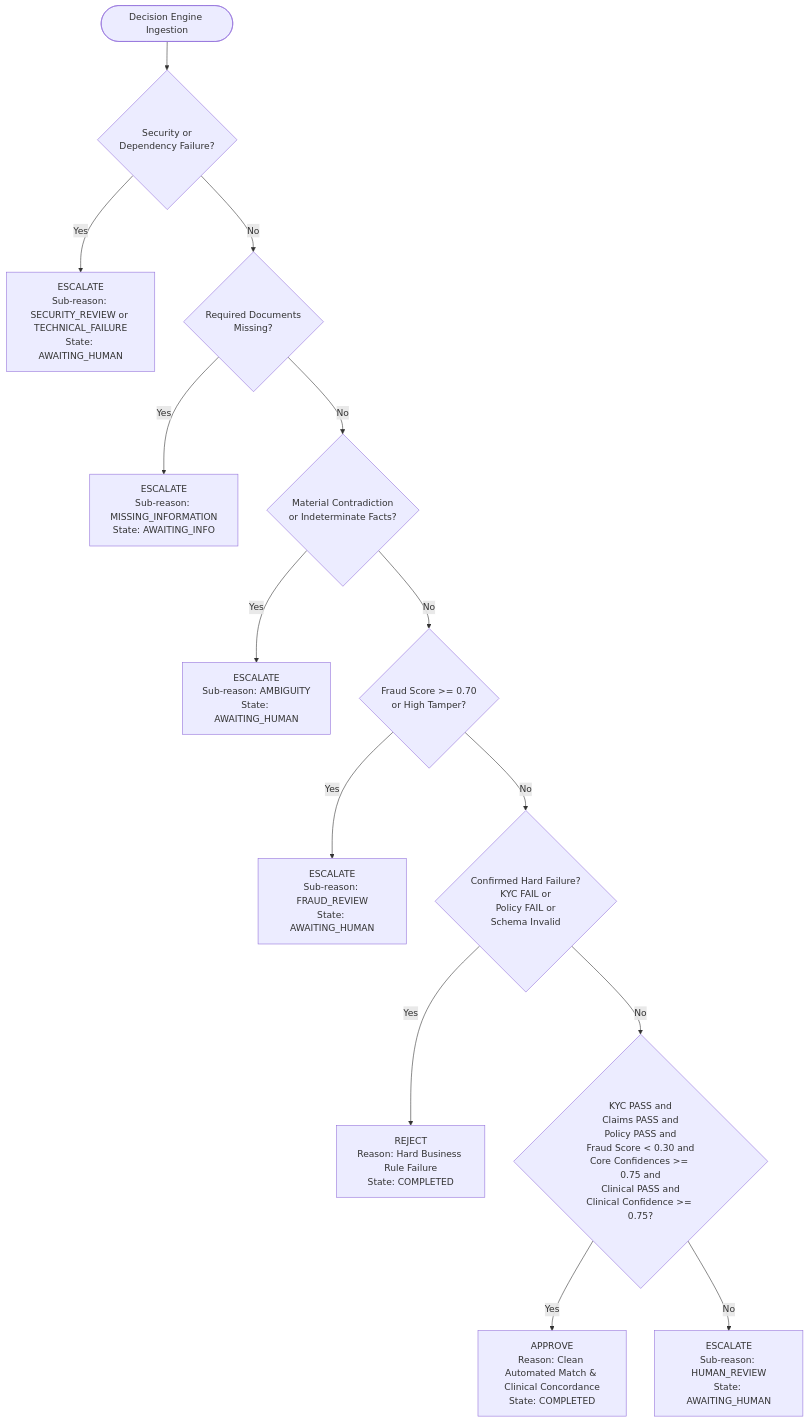
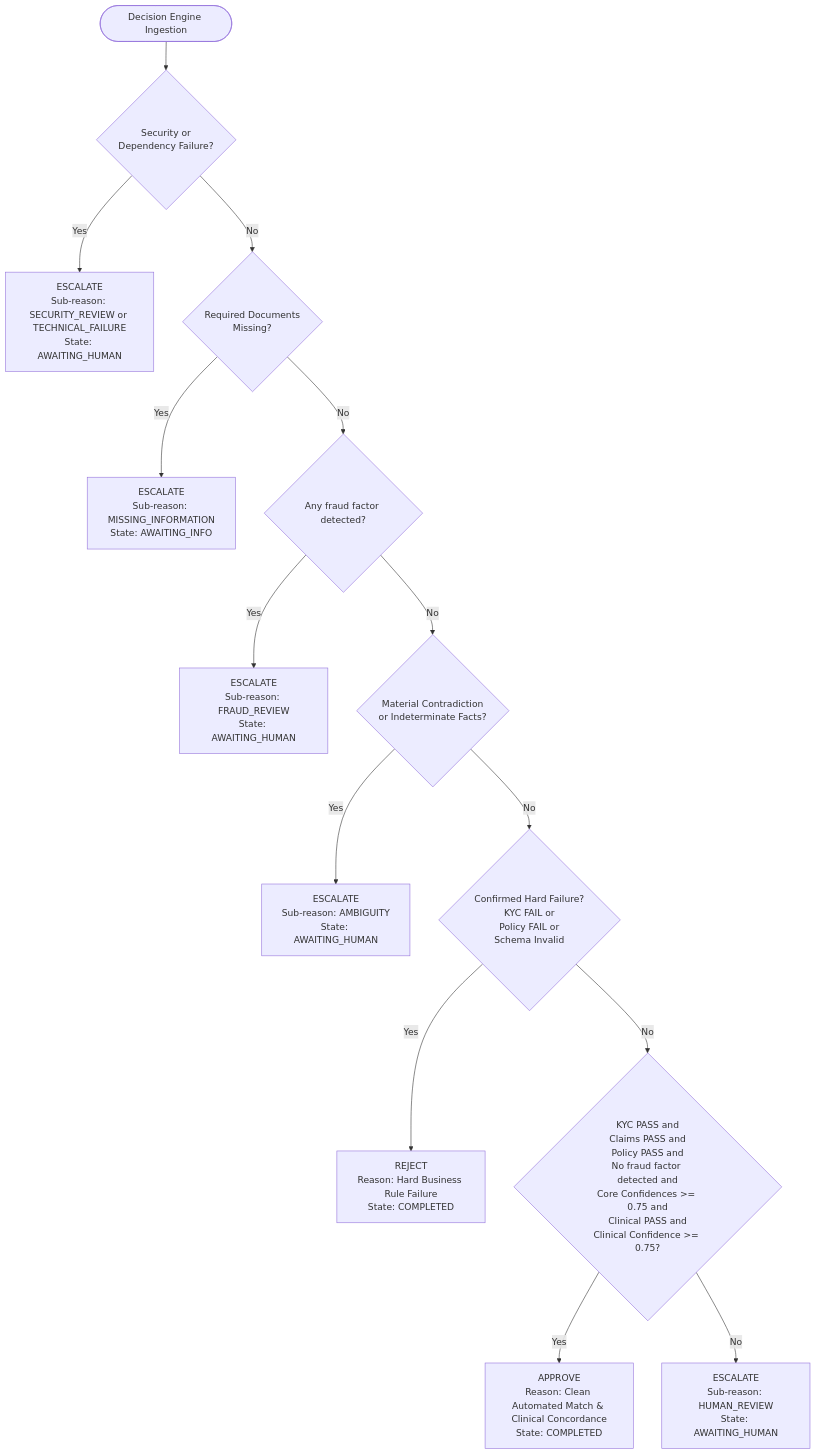
Before and after one commit to barbadikaramey-cloud/medishield: the diagram in docs/canonical/02_DECISION_ENGINE_AND_STATE_MACHINE.md, drawn with Mermaid. The commit also changed other lines of this file and 156 other files, not shown here.

````diff
--- a/docs/canonical/02_DECISION_ENGINE_AND_STATE_MACHINE.md
+++ b/docs/canonical/02_DECISION_ENGINE_AND_STATE_MACHINE.md
@@ -121,21 +121,20 @@
 ```mermaid
 flowchart TD
     Start([Decision Engine Ingestion]) --> CheckSec{Security or<br/>Dependency Failure?}
     CheckSec -- Yes --> EscSec[ESCALATE<br/>Sub-reason: SECURITY_REVIEW or TECHNICAL_FAILURE<br/>State: AWAITING_HUMAN]
     CheckSec -- No --> CheckComp{Required Documents<br/>Missing?}
     
     CheckComp -- Yes --> EscInfo[ESCALATE<br/>Sub-reason: MISSING_INFORMATION<br/>State: AWAITING_INFO]
-    CheckComp -- No --> CheckAmb{Material Contradiction<br/>or Indeterminate Facts?}
+    CheckComp -- No --> CheckFraud{Any fraud factor detected?}
+    CheckFraud -- Yes --> EscFraud[ESCALATE<br/>Sub-reason: FRAUD_REVIEW<br/>State: AWAITING_HUMAN]
+    CheckFraud -- No --> CheckAmb{Material Contradiction<br/>or Indeterminate Facts?}
     
     CheckAmb -- Yes --> EscAmb[ESCALATE<br/>Sub-reason: AMBIGUITY<br/>State: AWAITING_HUMAN]
-    CheckAmb -- No --> CheckFraudHigh{Fraud Score >= 0.70<br/>or High Tamper?}
-    
-    CheckFraudHigh -- Yes --> EscFraud[ESCALATE<br/>Sub-reason: FRAUD_REVIEW<br/>State: AWAITING_HUMAN]
-    CheckFraudHigh -- No --> CheckHardFail{Confirmed Hard Failure?<br/>KYC FAIL or<br/>Policy FAIL or<br/>Schema Invalid}
+    CheckAmb -- No --> CheckHardFail{Confirmed Hard Failure?<br/>KYC FAIL or<br/>Policy FAIL or<br/>Schema Invalid}
     
     CheckHardFail -- Yes --> AutoReject[REJECT<br/>Reason: Hard Business Rule Failure<br/>State: COMPLETED]
-    CheckHardFail -- No --> CheckApprove{KYC PASS and<br/>Claims PASS and<br/>Policy PASS and<br/>Fraud Score < 0.30 and<br/>Core Confidences >= 0.75 and<br/>Clinical PASS and<br/>Clinical Confidence >= 0.75?}
+    CheckHardFail -- No --> CheckApprove{KYC PASS and<br/>Claims PASS and<br/>Policy PASS and<br/>No fraud factor detected and<br/>Core Confidences >= 0.75 and<br/>Clinical PASS and<br/>Clinical Confidence >= 0.75?}
     
     CheckApprove -- Yes --> AutoApprove[APPROVE<br/>Reason: Clean Automated Match & Clinical Concordance<br/>State: COMPLETED]
     CheckApprove -- No --> EscReview[ESCALATE<br/>Sub-reason: HUMAN_REVIEW<br/>State: AWAITING_HUMAN]
 ```
````
